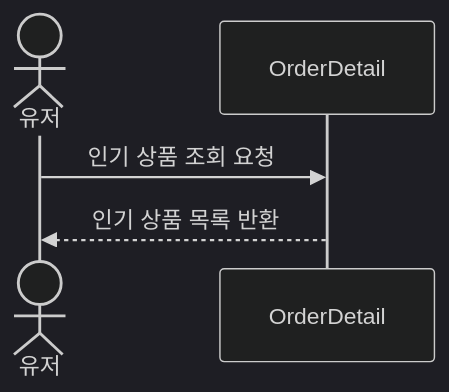
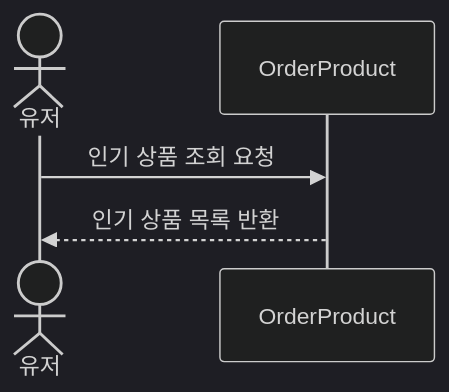
One commit to ahdrn2016/hhplus-ecommerce changed the fifth of 5 diagrams in docs/SequenceDiagram/SequenceDiagram.md. Above: the diagram before and after it, drawn with Mermaid (dark theme). The commit also changed 39 other files, not shown here.

````diff
--- a/docs/SequenceDiagram/SequenceDiagram.md
+++ b/docs/SequenceDiagram/SequenceDiagram.md
@@ -102,8 +102,8 @@
 ```mermaid
 sequenceDiagram
     actor I as 유저
-    participant OrderDetail as OrderDetail
+    participant OrderProduct as OrderProduct
 
-    I ->> OrderDetail : 인기 상품 조회 요청
-    OrderDetail -->> I : 인기 상품 목록 반환
+    I ->> OrderProduct : 인기 상품 조회 요청
+    OrderProduct -->> I : 인기 상품 목록 반환
 ```
````
